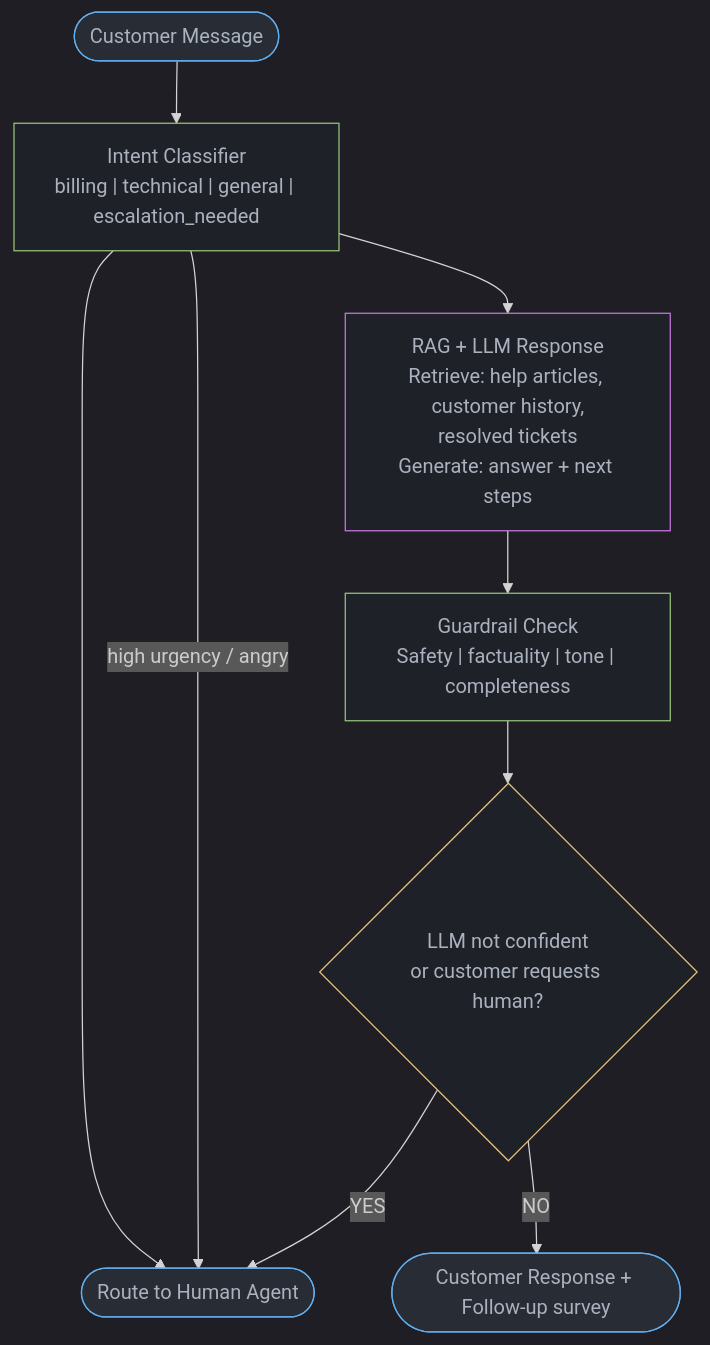
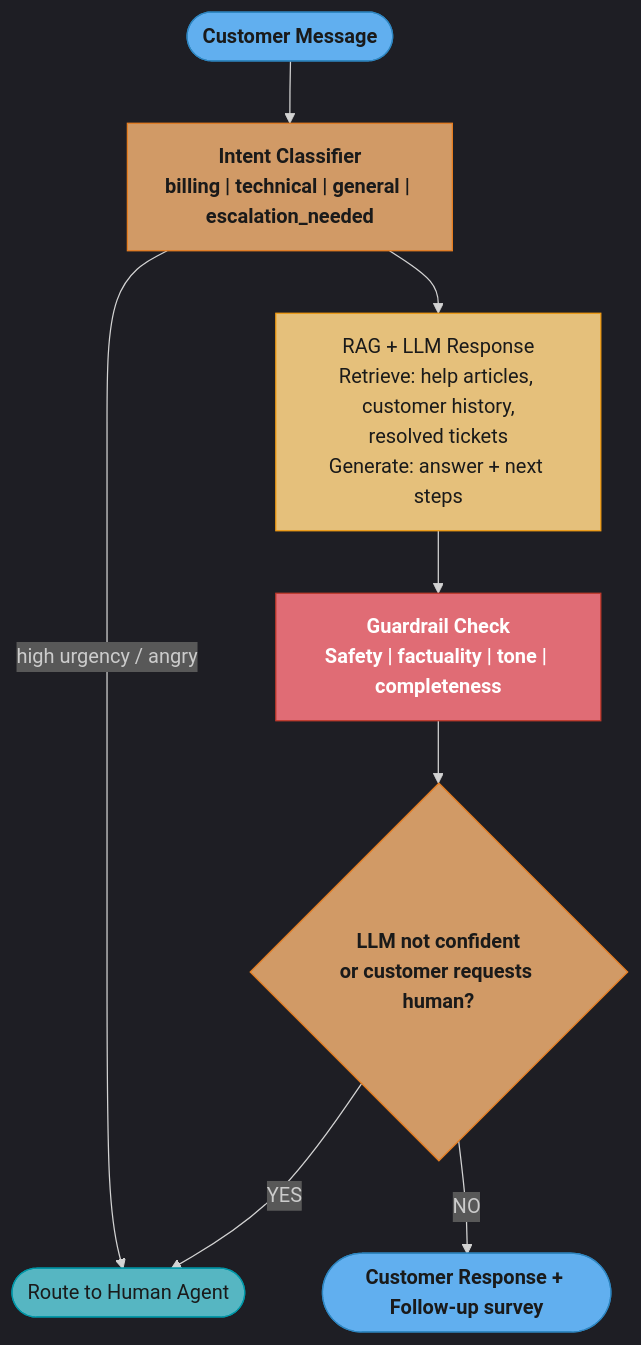
The second of 4 diagrams in src/main/java/com/rutik/systemdesign/llm/ai_applications/README.md (rppol/system-design), drawn with Mermaid before and after one commit. The commit also changed other lines of this file and 88 other files, not shown here.

````diff
--- a/src/main/java/com/rutik/systemdesign/llm/ai_applications/README.md
+++ b/src/main/java/com/rutik/systemdesign/llm/ai_applications/README.md
@@ -320,22 +324,25 @@
 ```mermaid
 %%{init: {'flowchart': {'curve': 'basis'}, 'theme': 'dark'}}%%
 flowchart TD
+    classDef io      fill:#61afef,stroke:#2e86c1,color:#1a1a1a,font-weight:bold
+    classDef frozen  fill:#c678dd,stroke:#9b59b6,color:#fff
+    classDef train   fill:#98c379,stroke:#27ae60,color:#1a1a1a
+    classDef mathOp  fill:#d19a66,stroke:#e67e22,color:#1a1a1a,font-weight:bold
+    classDef lossN   fill:#e06c75,stroke:#c0392b,color:#fff,font-weight:bold
+    classDef req     fill:#56b6c2,stroke:#0097a7,color:#1a1a1a
+    classDef base    fill:#e5c07b,stroke:#f39c12,color:#1a1a1a
+
     Msg([Customer Message]) --> Classify
-    Classify["Intent Classifier\nbilling | technical | general | escalation_needed"] --> Human & RAG
+    Classify["Intent Classifier\nbilling | technical | general | escalation_needed"] --> RAG
     Classify -- "high urgency / angry" --> Human([Route to Human Agent])
     RAG["RAG + LLM Response\nRetrieve: help articles, customer history,\nresolved tickets\nGenerate: answer + next steps"] --> Guard
     Guard["Guardrail Check\nSafety | factuality | tone | completeness"] --> Escalate
     Escalate{"LLM not confident\nor customer requests human?"} -- YES --> Human
     Escalate -- NO --> Response([Customer Response + Follow-up survey])
 
-    classDef io     fill:#282c34,stroke:#61afef,color:#abb2bf
-    classDef proc   fill:#1e2127,stroke:#98c379,color:#abb2bf
-    classDef llm    fill:#1e2127,stroke:#c678dd,color:#abb2bf
-    classDef decide fill:#1e2127,stroke:#e5c07b,color:#abb2bf
-
-    class Msg,Human,Response io
-    class Classify proc
-    class RAG llm
-    class Guard proc
-    class Escalate decide
+    class Msg,Response io
+    class Classify,Escalate mathOp
+    class Human req
+    class RAG base
+    class Guard lossN
 ```
````
